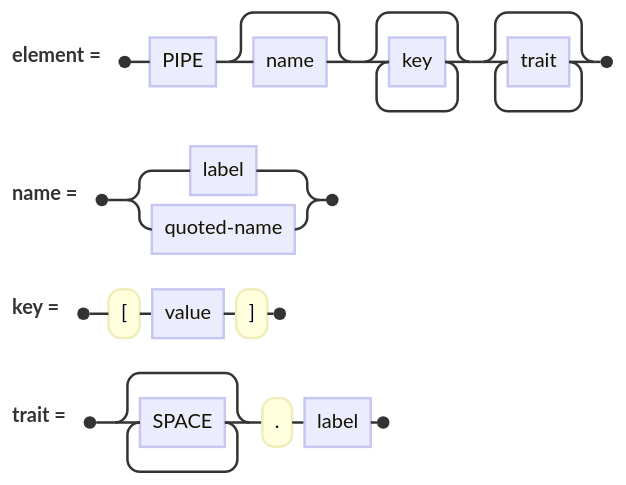
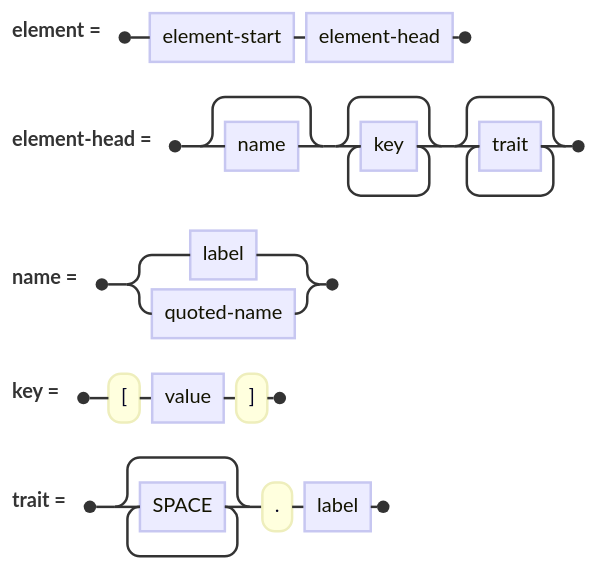
The third of 10 diagrams in v2/spec-lite-0.1.0/.int/railroad-2026-10-21.md (v2-io/udon), drawn with Mermaid before and after one commit. The commit also changed other lines of this file and 1 other file, not shown here.

First line of the commit message:
spec-lite-0.1.0: railroad rewritten around the starts (Joseph, 2026-10-21): section 2 defines element/attribute/comment/fence/reserved-start with their guards marked OPEN; block-line, sameline items and text-end all built from them; verbatim recorded

````diff
--- a/v2/spec-lite-0.1.0/.int/railroad-2026-10-21.md
+++ b/v2/spec-lite-0.1.0/.int/railroad-2026-10-21.md
@@ -26,11 +43,12 @@
 ```mermaid
 railroad-peg-beta
 title "An element's head"
-element <- PIPE name? key* trait* ;
+element <- element-start element-head ;
+element-head <- name? key* trait* ;
 name <- label / quoted-name ;
-%% OPEN: which characters a bare label may hold (the labels discussion, [[def:label]])
+%% OPEN: which characters a bare label may hold (the labels discussion, [[def:label]]); quoted names follow the delimited-string rules ([[rule:quoted-element-and-attribute-names]])
 key <- "[" value "]" ;
 %% [[rule:key-holds-a-value]]; escapes inside: \\ \[ \] ([[rule:key-escapes]]). OPEN: one key or several (`rule:keys-and-traits` gap)
 trait <- SPACE* "." label ;
 %% OPEN, provisional: spaces before a trait ([[rule:traits-may-follow-spaces]]); while that stands an unquoted name can't begin with "."
 ```
````
